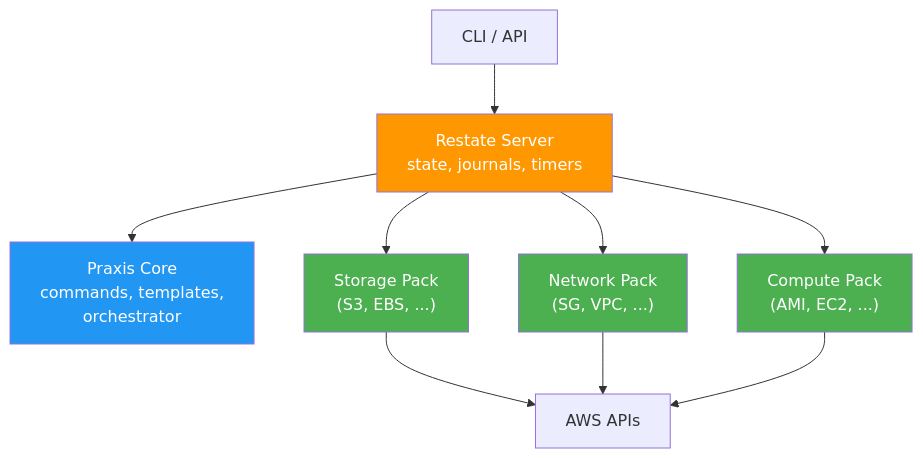
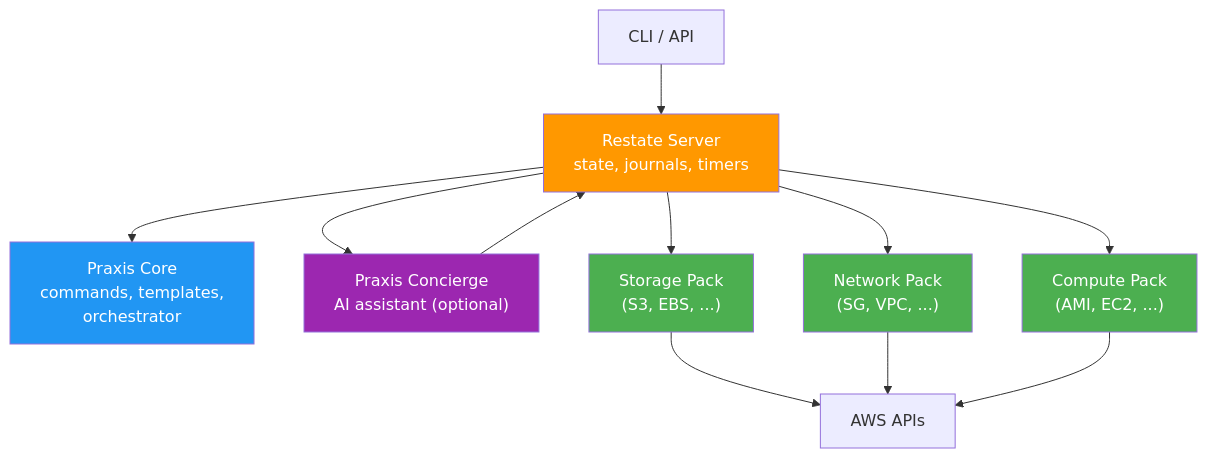
One commit to shirvan/praxis changed the first of 3 diagrams in docs/OPERATORS.md. Above: the diagram before and after it, drawn with Mermaid. The commit also changed other lines of this file and 42 other files, not shown here.

````diff
--- a/docs/OPERATORS.md
+++ b/docs/OPERATORS.md
@@ -9,19 +9,23 @@
 ```mermaid
 graph TD
     CLI["CLI / API"] --> RS["Restate Server<br/>state, journals, timers"]
 
     RS --> Core["Praxis Core<br/>commands, templates,<br/>orchestrator"]
+    RS --> Concierge["Praxis Concierge<br/>AI assistant (optional)"]
     RS --> SP["Storage Pack<br/>(S3, EBS, ...)"]
     RS --> NP["Network Pack<br/>(SG, VPC, ...)"]
     RS --> CP["Compute Pack<br/>(AMI, EC2, ...)"]
+
+    Concierge --> RS
 
     SP --> AWS["AWS APIs"]
     NP --> AWS
     CP --> AWS
 
     style RS fill:#FF9800,color:#fff
     style Core fill:#2196F3,color:#fff
+    style Concierge fill:#9C27B0,color:#fff
     style SP fill:#4CAF50,color:#fff
     style NP fill:#4CAF50,color:#fff
     style CP fill:#4CAF50,color:#fff
 ```
````
